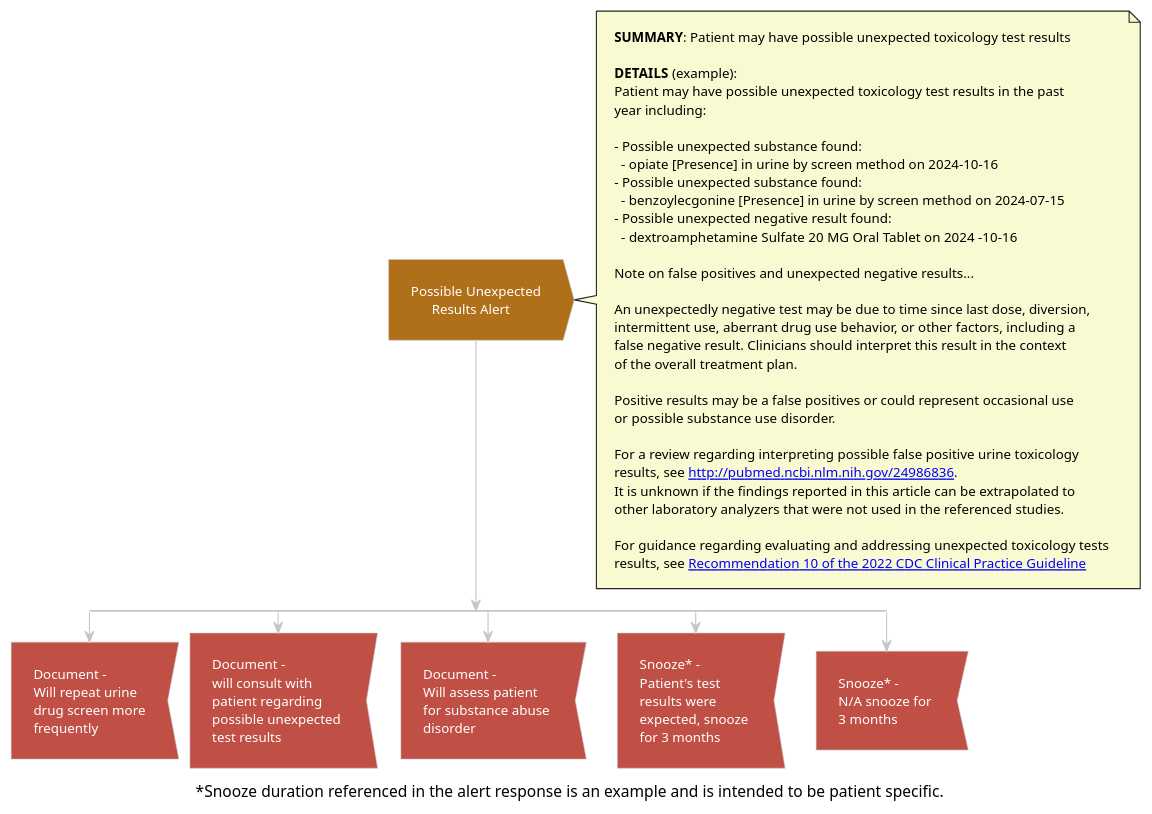
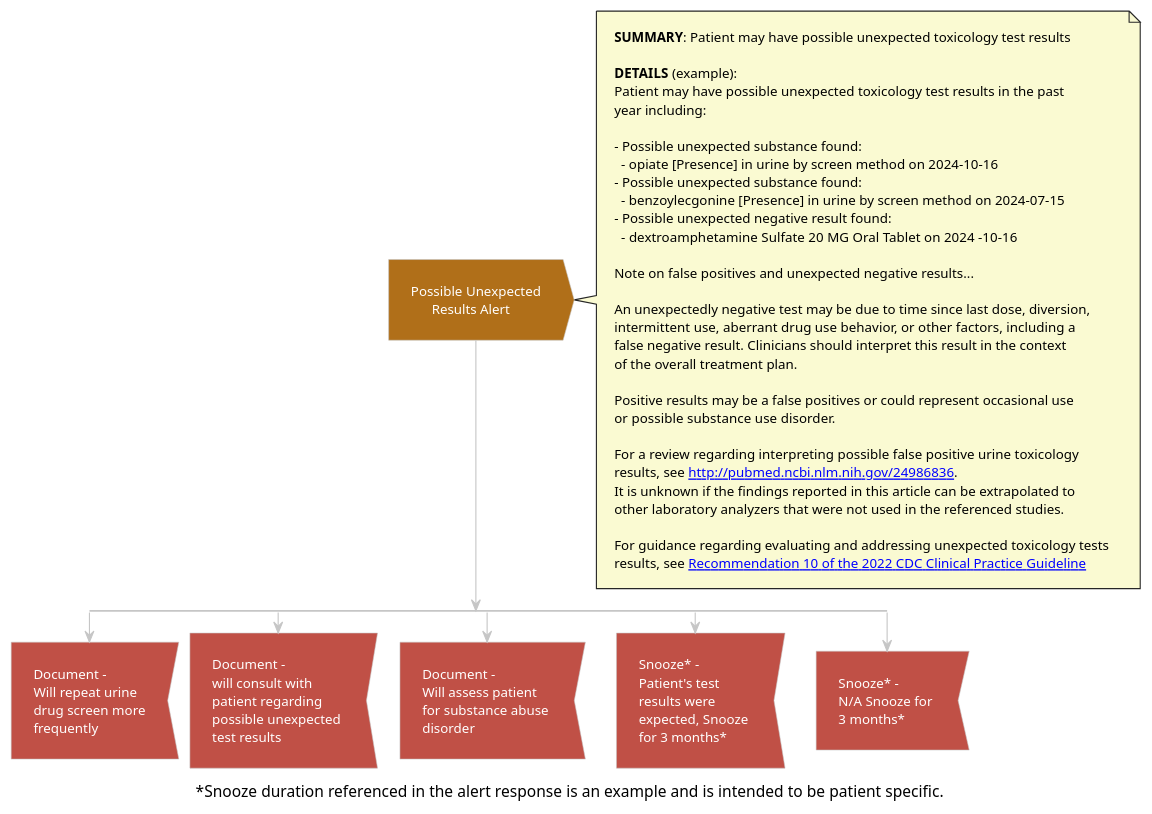
One commit to cqframework/opioid-cds-r4 changed the diagram in input/images-source/alert_rec10_ordersign_unexpected_results.plantuml. Above: the diagram before and after it, drawn with PlantUML. The commit also changed 6 other files, not shown here.

```diff
--- a/input/images-source/alert_rec10_ordersign_unexpected_results.plantuml
+++ b/input/images-source/alert_rec10_ordersign_unexpected_results.plantuml
@@ -1,81 +1,81 @@
 @startuml alert_rec10_ordersign_unexpected_results
 !theme carbon-gray
 <style>
 activityDiagram {
  FontColor white
  arrow {
   FontColor: Black
  }
  note {
   FontColor: Black
   BackgroundColor: #fafad2
  }
 }
 </style>
 #b06f19:Possible Unexpected\n      Results Alert;<<output>>
 note right
 **SUMMARY**: Patient may have possible unexpected toxicology test results
 
 **DETAILS** (example):
 Patient may have possible unexpected toxicology test results in the past 
 year including:
 
 - Possible unexpected substance found:
   - opiate [Presence] in urine by screen method on 2024-10-16
 - Possible unexpected substance found:
   - benzoylecgonine [Presence] in urine by screen method on 2024-07-15
 - Possible unexpected negative result found:
   - dextroamphetamine Sulfate 20 MG Oral Tablet on 2024 -10-16 
 
 Note on false positives and unexpected negative results...
 
 An unexpectedly negative test may be due to time since last dose, diversion, 
 intermittent use, aberrant drug use behavior, or other factors, including a 
 false negative result. Clinicians should interpret this result in the context 
 of the overall treatment plan.
 
 Positive results may be a false positives or could represent occasional use 
 or possible substance use disorder.
 
 For a review regarding interpreting possible false positive urine toxicology 
 results, see [[https://pubmed.ncbi.nlm.nih.gov/24986836 http://pubmed.ncbi.nlm.nih.gov/24986836]]. 
 It is unknown if the findings reported in this article can be extrapolated to 
 other laboratory analyzers that were not used in the referenced studies.
 
 For guidance regarding evaluating and addressing unexpected toxicology tests 
 results, see [[https://www.cdc.gov/mmwr/volumes/71/rr/rr7103a1.htm#Recommendation10 Recommendation 10 of the 2022 CDC Clinical Practice Guideline]]
 end note
 split
 #c05046:Document - 
 Will repeat urine
 drug screen more
 frequently;<<input>>
 kill
 split again
 #c05046:Document - 
 will consult with 
 patient regarding 
 possible unexpected 
 test results;<<input>>
 kill
 split again
 #c05046:Document - 
 Will assess patient
 for substance abuse 
 disorder;<<input>>
 kill
 split again
 #c05046:Snooze* - 
 Patient's test 
 results were 
-expected, snooze 
-for 3 months;<<input>>
+expected, Snooze 
+for 3 months*;<<input>>
 kill
 split again
 #c05046:Snooze* - 
-N/A snooze for 
-3 months;<<input>>
+N/A Snooze for 
+3 months*;<<input>>
 kill
 end split
 caption ~*Snooze duration referenced in the alert response is an example and is intended to be patient specific.
 @enduml
```
